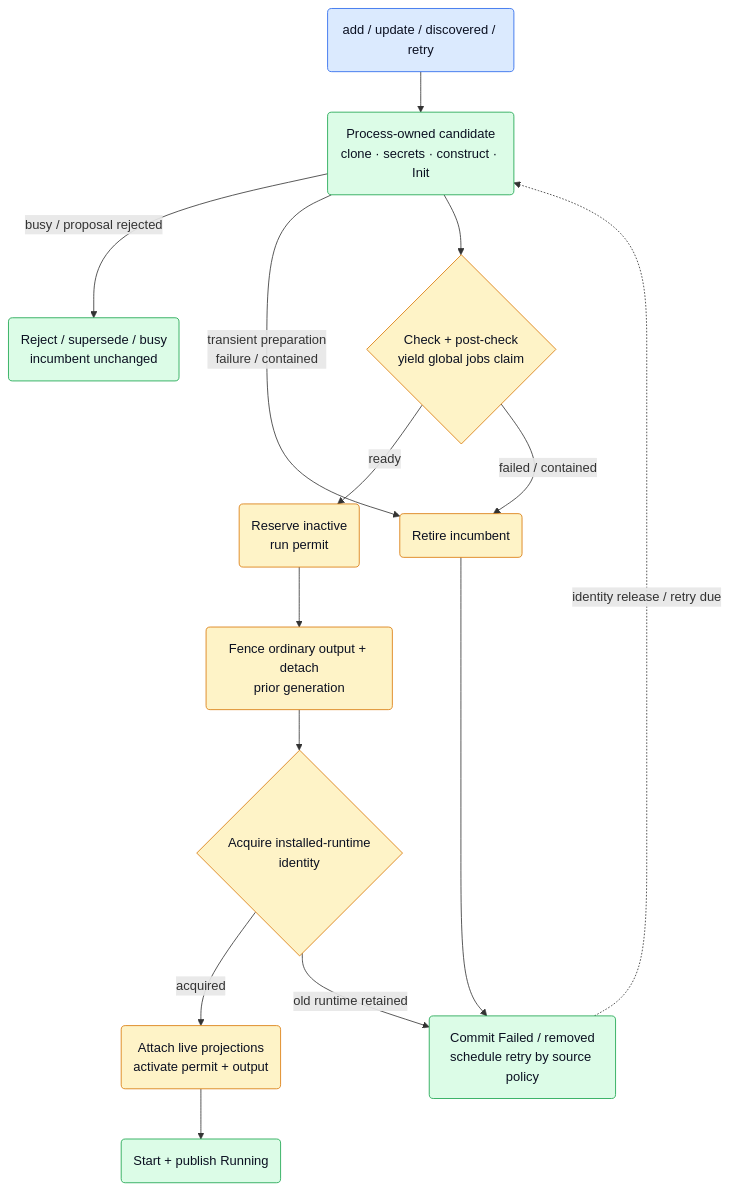
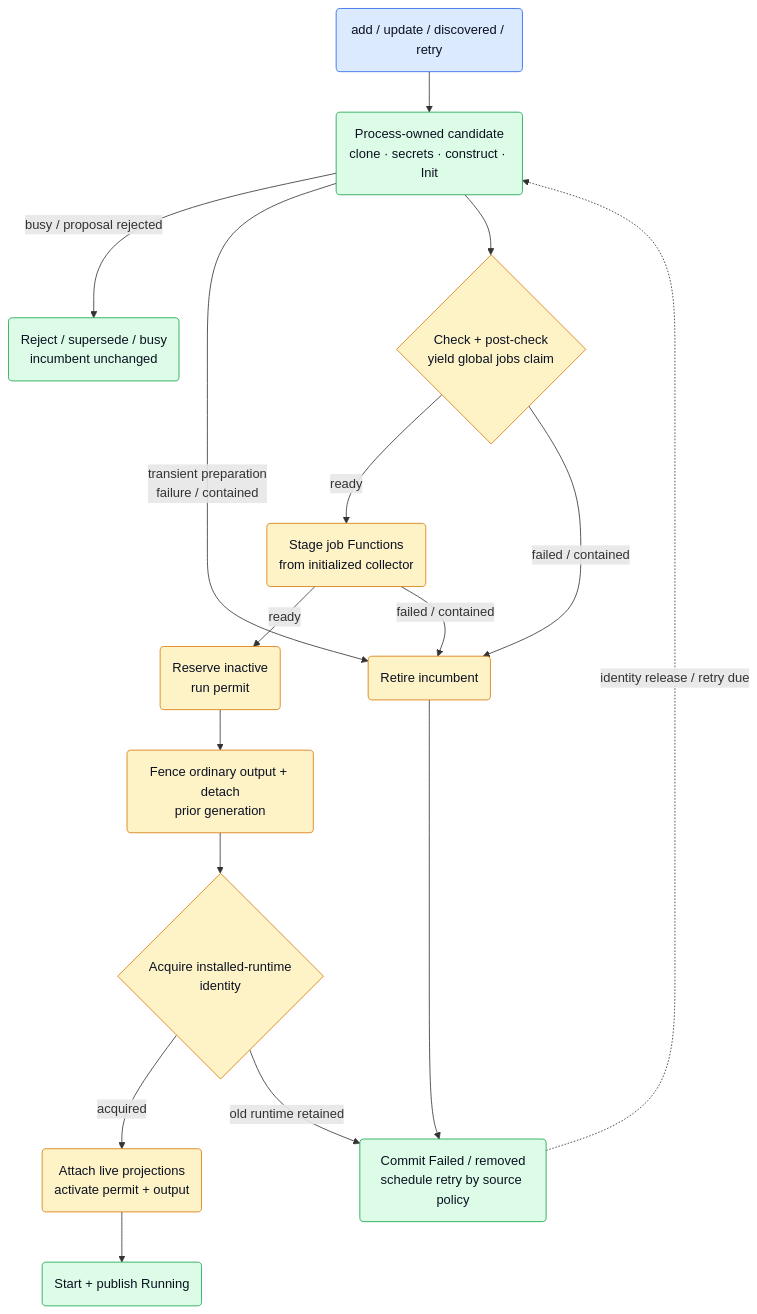
Before and after one commit to netdata/netdata: the sixth of 11 diagrams in src/go/plugin/agent/jobmgr/ARCHITECTURE.md, drawn with Mermaid. The commit also changed other lines of this file and 10 other files, not shown here.

````diff
--- a/src/go/plugin/agent/jobmgr/ARCHITECTURE.md
+++ b/src/go/plugin/agent/jobmgr/ARCHITECTURE.md
@@ -480,31 +480,34 @@
 ```mermaid
 flowchart TD
     Cmd("add / update / discovered / retry")
     Stage("Process-owned candidate<br/>clone · secrets · construct · Init")
     AutoD{"Check + post-check<br/>yield global jobs claim"}
+    Functions("Stage job Functions<br/>from initialized collector")
     Keep("Reject / supersede / busy<br/>incumbent unchanged")
     Reserve("Reserve inactive<br/>run permit")
     Retire("Fence ordinary output + detach<br/>prior generation")
     Promote{"Acquire installed-runtime<br/>identity"}
     Attach("Attach live projections<br/>activate permit + output")
     Live("Start + publish Running")
     RetireFailed("Retire incumbent")
     Fail("Commit Failed / removed<br/>schedule retry by source policy")
 
     Cmd --> Stage
     Stage -->|"busy / proposal rejected"| Keep
     Stage -->|"transient preparation<br/>failure / contained"| RetireFailed
     Stage --> AutoD
-    AutoD -->|"ready"| Reserve --> Retire --> Promote
+    AutoD -->|"ready"| Functions
+    Functions -->|"ready"| Reserve --> Retire --> Promote
+    Functions -->|"failed / contained"| RetireFailed
     Promote -->|"acquired"| Attach --> Live
     AutoD -->|"failed / contained"| RetireFailed --> Fail
     Promote -->|"old runtime retained"| Fail
     Fail -. "identity release / retry due" .-> Stage
 
     classDef ext fill:#dbeafe,stroke:#2563eb,color:#0b1021;
     classDef core fill:#fef3c7,stroke:#d97706,color:#0b1021;
     classDef job fill:#dcfce7,stroke:#16a34a,color:#0b1021;
     class Cmd ext;
-    class AutoD,Reserve,Retire,RetireFailed,Promote,Attach core;
+    class AutoD,Functions,Reserve,Retire,RetireFailed,Promote,Attach core;
     class Stage,Keep,Live,Fail job;
 ```
````
